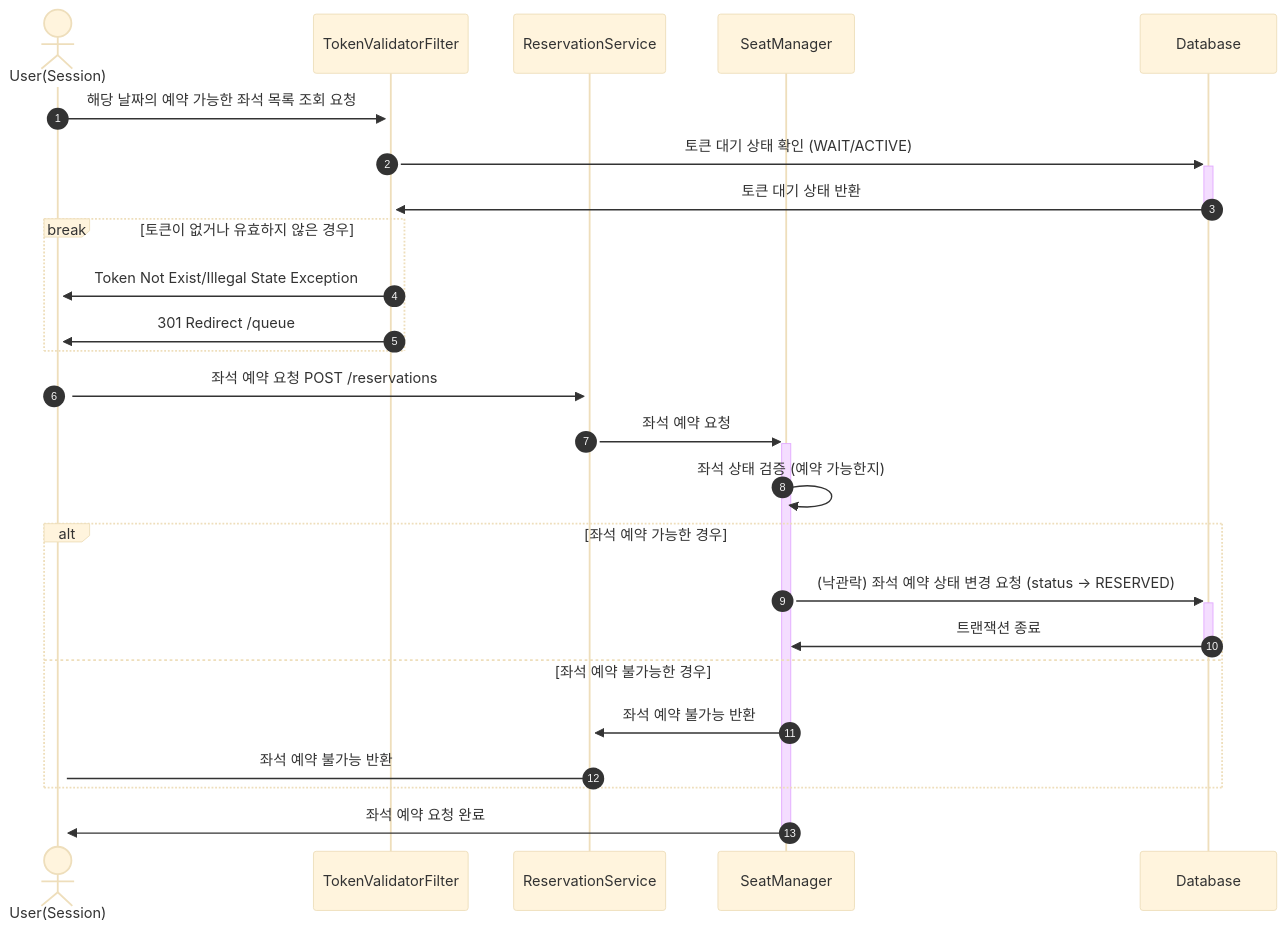
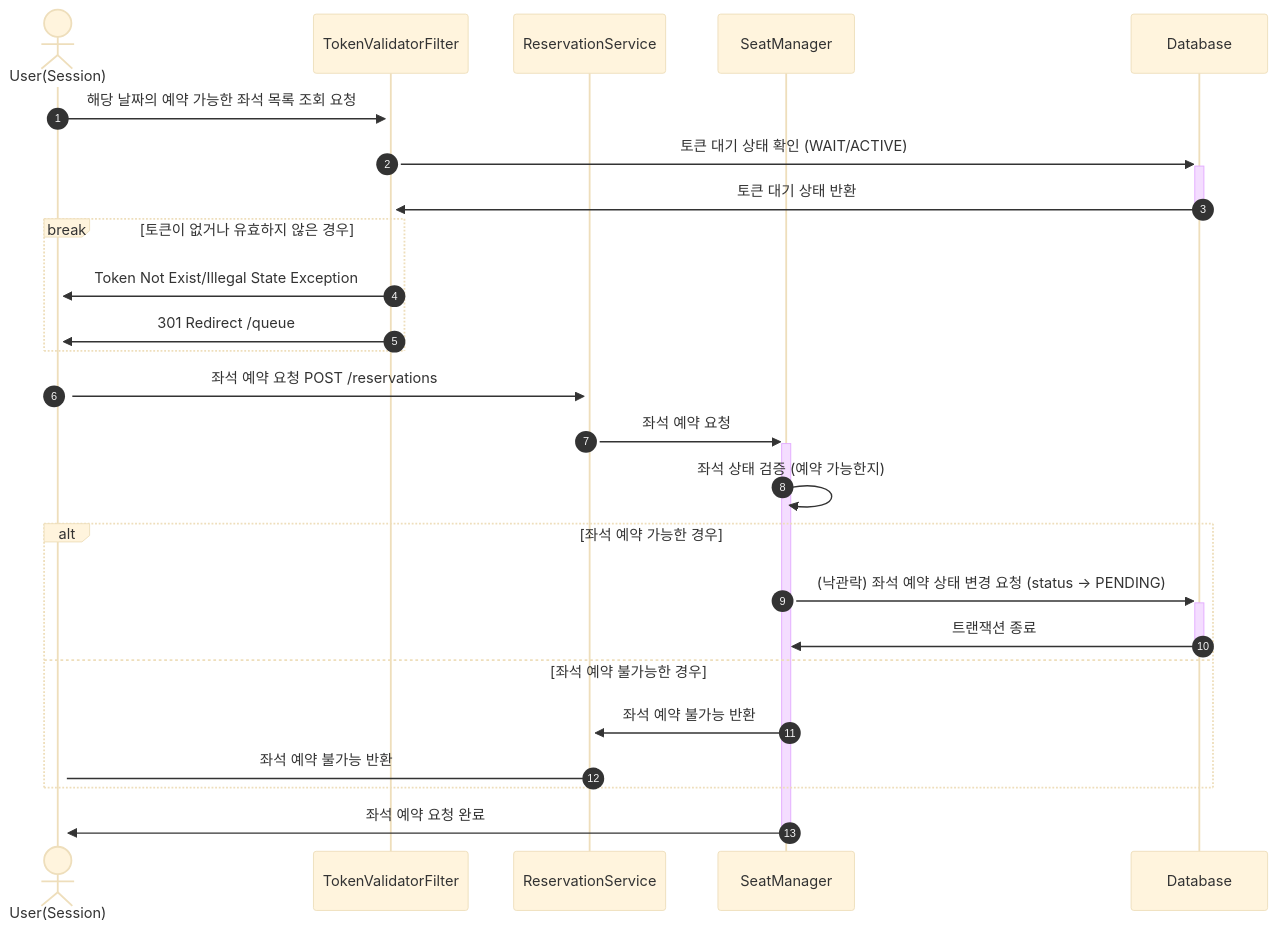
The fourth of 7 diagrams in docs/markdown/2.시퀀스 다이어그램.md (hpp-backend-15/java-concert-joonhyeokyang), drawn with Mermaid (base theme) before and after one commit. The commit also changed 6 other files, not shown here.

Commit message:
docs: ERD/시퀀스 변경 1. [시퀀스] 예약 발생시 좌석은 `PENDING` 상태로 변경 2. [ERD] 더이상 SessionId 사용 안함(wait_id로 변경). UUID만 제공하여 유저 식별한다. 이유는 굳이 구현할 필요 없어서 3. [ERD] 예약과 공연일 관계 삭제 4. [ERD] 잘못된 유저-QUEUE관계 삭제, 유저와 대기열은 상관없는 도메인이다.

````diff
--- a/docs/markdown/2.시퀀스 다이어그램.md
+++ b/docs/markdown/2.시퀀스 다이어그램.md
@@ -82,28 +82,28 @@
 ```mermaid
 sequenceDiagram
     autonumber
     actor u as User(Session)
     participant tvf as TokenValidatorFilter
     participant rs as ReservationService
     participant sm as SeatManager
     participant db as Database
     u ->>+ tvf: 해당 날짜의 예약 가능한 좌석 목록 조회 요청
     tvf ->>+ db: 토큰 대기 상태 확인 (WAIT/ACTIVE)
     db ->>- tvf: 토큰 대기 상태 반환
     break 토큰이 없거나 유효하지 않은 경우
         tvf ->>+ u: Token Not Exist/Illegal State Exception
         tvf ->>+ u: 301 Redirect /queue
     end
 
     u ->>+ rs: 좌석 예약 요청 POST /reservations
     rs ->>+ sm: 좌석 예약 요청
     sm ->> sm: 좌석 상태 검증 (예약 가능한지)
     alt 좌석 예약 가능한 경우
-        sm ->>+ db: (낙관락) 좌석 예약 상태 변경 요청 (status -> RESERVED)
+        sm ->>+ db: (낙관락) 좌석 예약 상태 변경 요청 (status -> PENDING)
         db ->>- sm: 트랜잭션 종료
     else 좌석 예약 불가능한 경우
         sm ->> rs: 좌석 예약 불가능 반환
         rs -> u: 좌석 예약 불가능 반환
     end
     sm ->>- u: 좌석 예약 요청 완료
 ```
````
